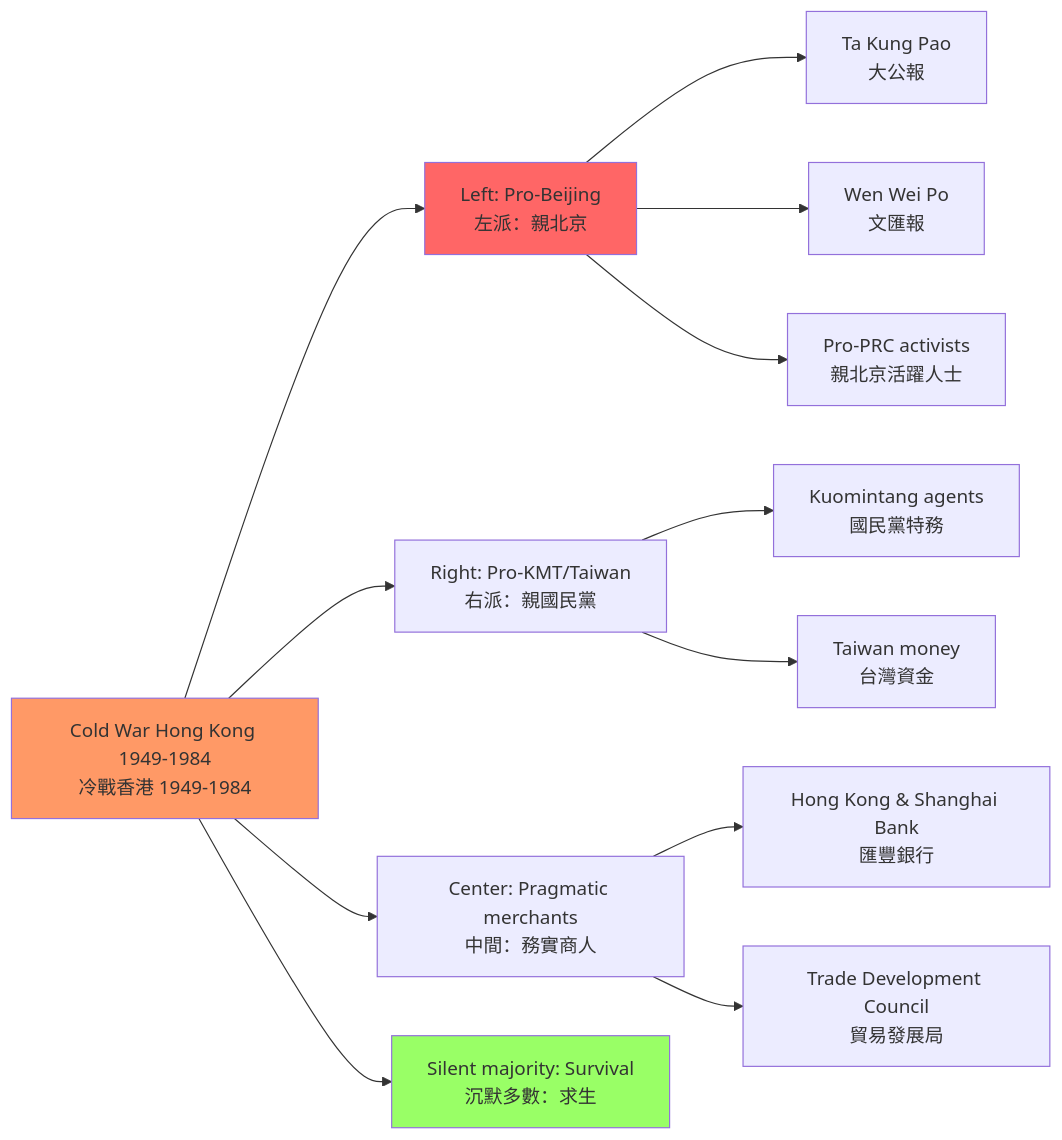
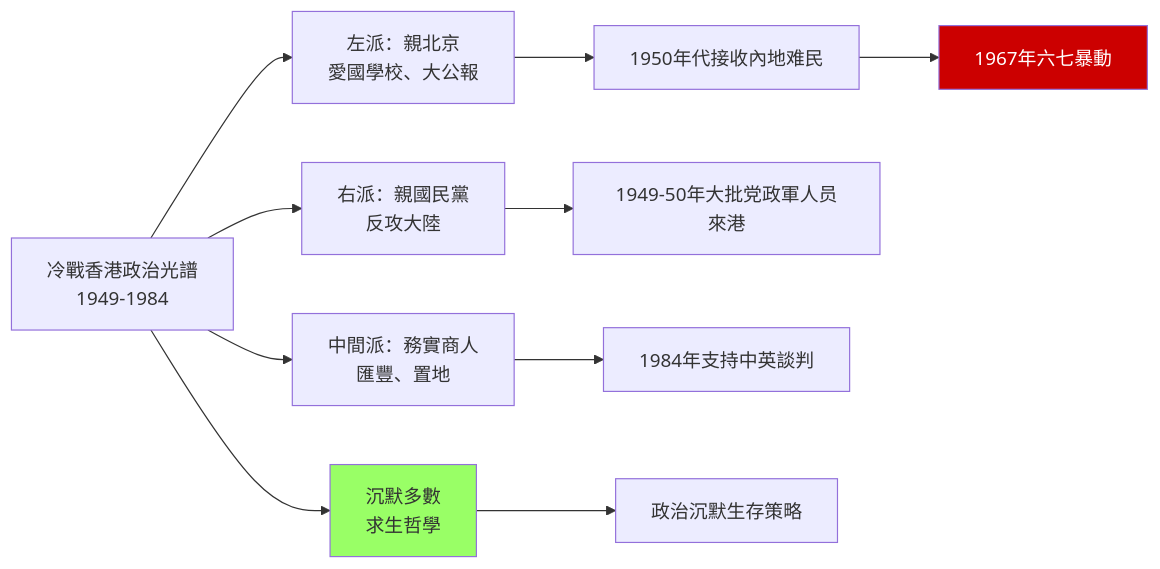
The second of 5 diagrams in 01_HKU_Courses/HIST1017_Modern_Hong_Kong.md (yip-lgtm/HKU-Harvard-History-Self-Study), drawn with Mermaid before and after one commit. The commit also changed other lines of this file and 22 other files, not shown here.

````diff
--- a/01_HKU_Courses/HIST1017_Modern_Hong_Kong.md
+++ b/01_HKU_Courses/HIST1017_Modern_Hong_Kong.md
@@ -108,21 +356,19 @@
 ```mermaid
 graph LR
-    A[Cold War Hong Kong 1949-1984<br/>冷戰香港 1949-1984] --> B[Left: Pro-Beijing<br/>左派：親北京]
-    A --> C[Right: Pro-KMT/Taiwan<br/>右派：親國民黨]
-    A --> D[Center: Pragmatic merchants<br/>中間：務實商人]
-    A --> E[Silent majority: Survival<br/>沉默多數：求生]
+    A[冷戰香港政治光譜<br/>1949-1984] --> B[左派：親北京<br/>愛國學校、大公報]
+    A --> C[右派：親國民黨<br/>反攻大陸]
+    A --> D[中間派：務實商人<br/>匯豐、置地]
+    A --> E[沉默多數<br/>求生哲學]
     
-    B --> B1[Ta Kung Pao<br/>大公報]
-    B --> B2[Wen Wei Po<br/>文匯報]
-    B --> B3[Pro-PRC activists<br/>親北京活躍人士]
+    B --> B1[1950年代接收內地难民]
+    B1 --> B2[1967年六七暴動]
     
-    C --> C1[Kuomintang agents<br/>國民黨特務]
-    C --> C2[Taiwan money<br/>台灣資金]
+    C --> C1[1949-50年大批党政軍人员來港]
     
-    D --> D1[Hong Kong & Shanghai Bank<br/>匯豐銀行]
-    D --> D2[Trade Development Council<br/>貿易發展局]
+    D --> D1[1984年支持中英談判]
     
-    style A fill:#f96
+    E --> E1["政治沉默"生存策略]
+    
     style E fill:#9f6
-    style B fill:#f66
+    style B2 fill:#c00,color:#fff
 ```
````
